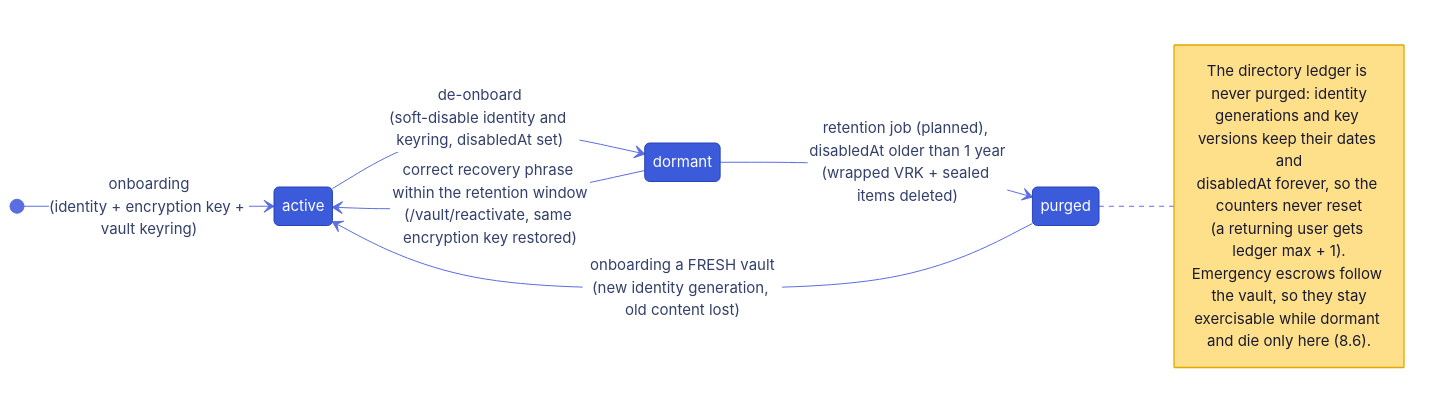
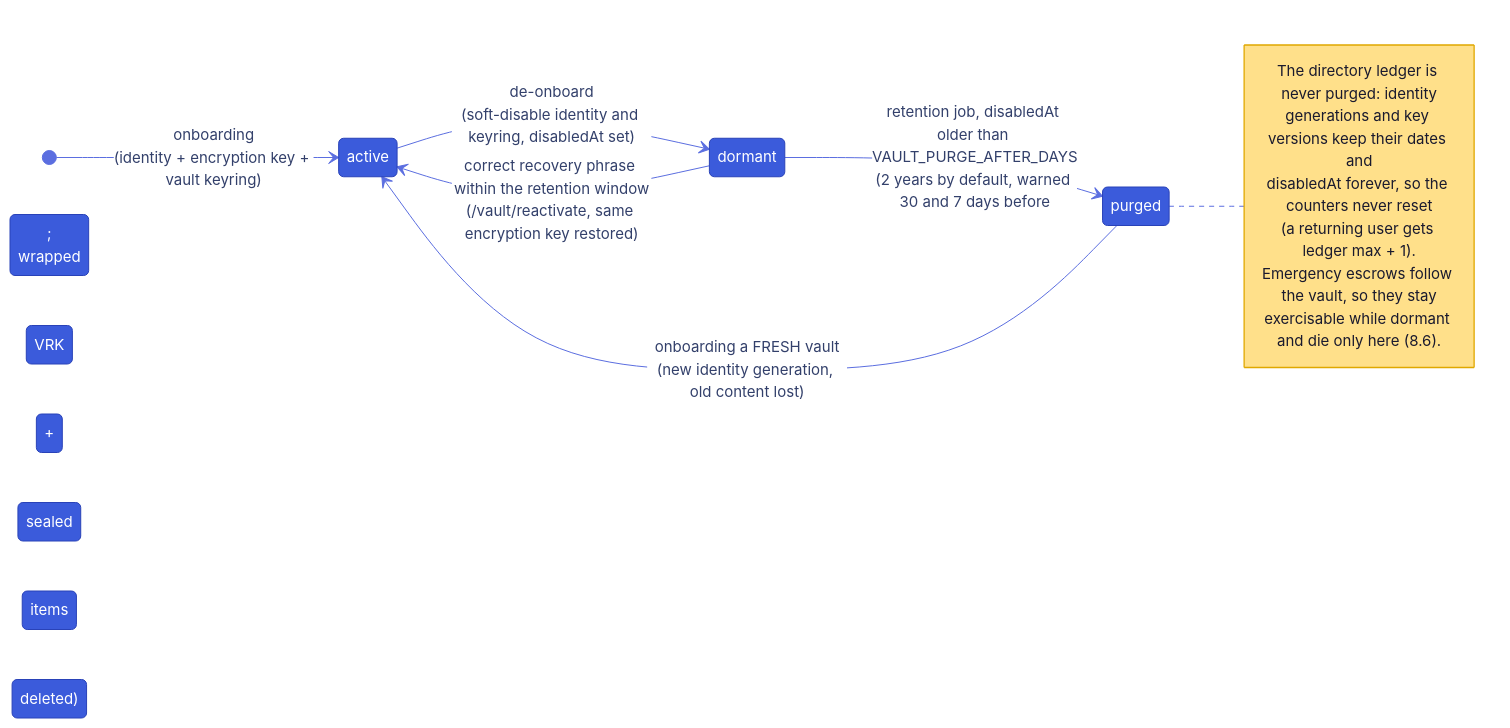
One commit to suitenumerique/encryption changed diagram 18 of 24 in architecture.md. Above: the diagram before and after it, drawn with Mermaid. The commit also changed other lines of this file and 28 other files, not shown here.

Commit message:
feat(vault): purge dormant vaults after a configurable retention

````diff
--- a/architecture.md
+++ b/architecture.md
@@ -1258,18 +1258,18 @@
 ```mermaid
 %%{init: {'theme':'base','look':'classic','themeVariables':{'fontSize':'15px','primaryColor':'#3b5bdb','primaryTextColor':'#fff','primaryBorderColor':'#2942b8','lineColor':'#5b6ee0','tertiaryColor':'#fff','labelBackgroundColor':'#ffffff','edgeLabelBackground':'#ffffff','transitionColor':'#5b6ee0','transitionLabelColor':'#33406b','noteBkgColor':'#ffe08a','noteTextColor':'#1a1a2e','noteBorderColor':'#e0a800'},'themeCSS':'.edgeLabel p{background-color:#fff;padding:4px 10px;border-radius:5px;margin:0;} .edgeLabel .labelBkg{background:transparent;} .statediagram-state .nodeLabel p{font-size:15px;padding:5px 12px;margin:0;}','stateDiagram':{'nodeSpacing':70,'rankSpacing':110,'padding':14,'useMaxWidth':true}}}%%
 stateDiagram-v2
   direction LR
   [*] --> active: onboarding<br/>(identity + encryption key + vault keyring)
   active --> dormant: de-onboard<br/>(soft-disable identity and keyring, disabledAt set)
   dormant --> active: correct recovery phrase within the retention window<br/>(/vault/reactivate, same encryption key restored)
-  dormant --> purged: retention job (planned), disabledAt older than 1 year<br/>(wrapped VRK + sealed items deleted)
+  dormant --> purged: retention job, disabledAt older than VAULT_PURGE_AFTER_DAYS<br/>(2 years by default, warned 30 and 7 days before;<br/>wrapped VRK + sealed items deleted)
   purged --> active: onboarding a FRESH vault<br/>(new identity generation, old content lost)
   note right of purged
     The directory ledger is never purged: identity
     generations and key versions keep their dates and
     disabledAt forever, so the counters never reset
     (a returning user gets ledger max + 1).
     Emergency escrows follow the vault, so they stay
     exercisable while dormant and die only here (8.6).
   end note
 ```
````
